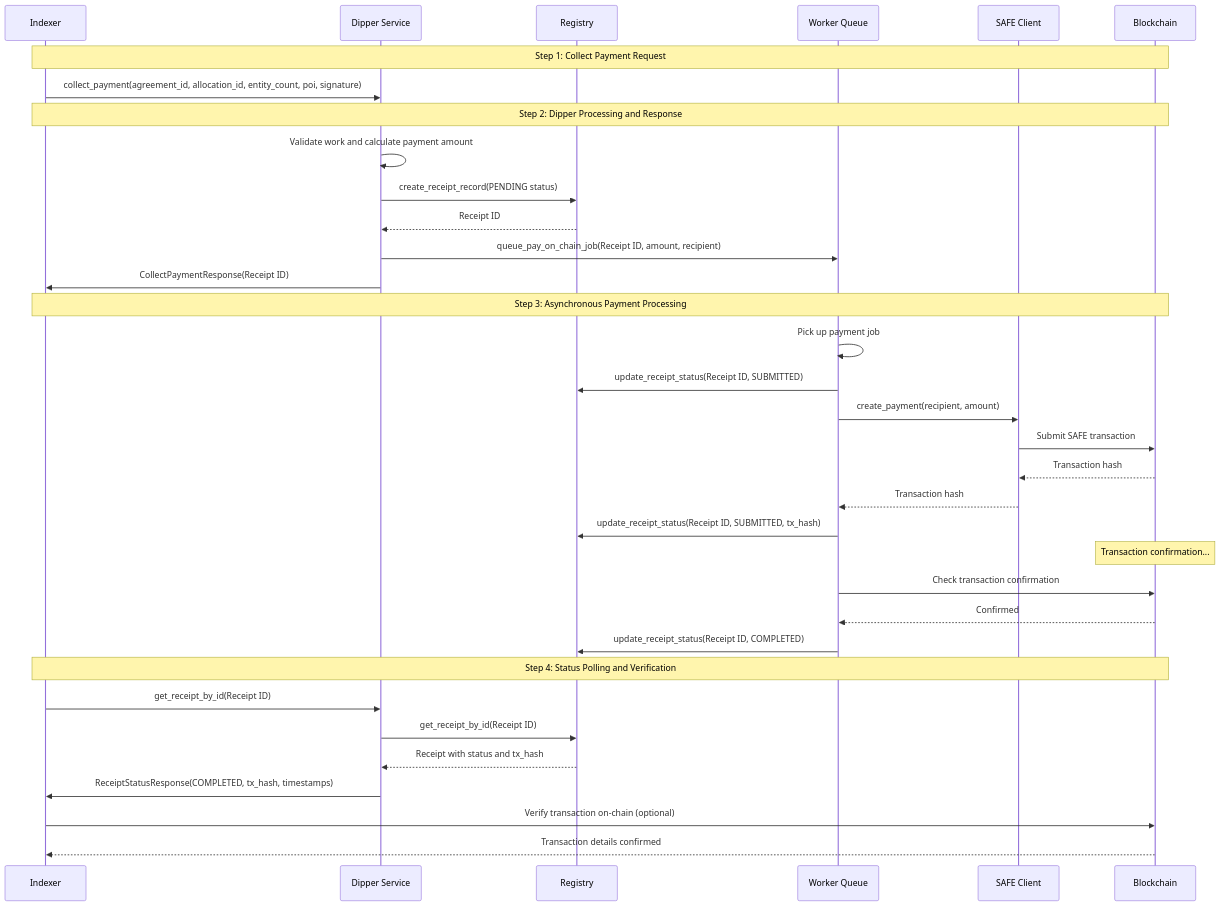
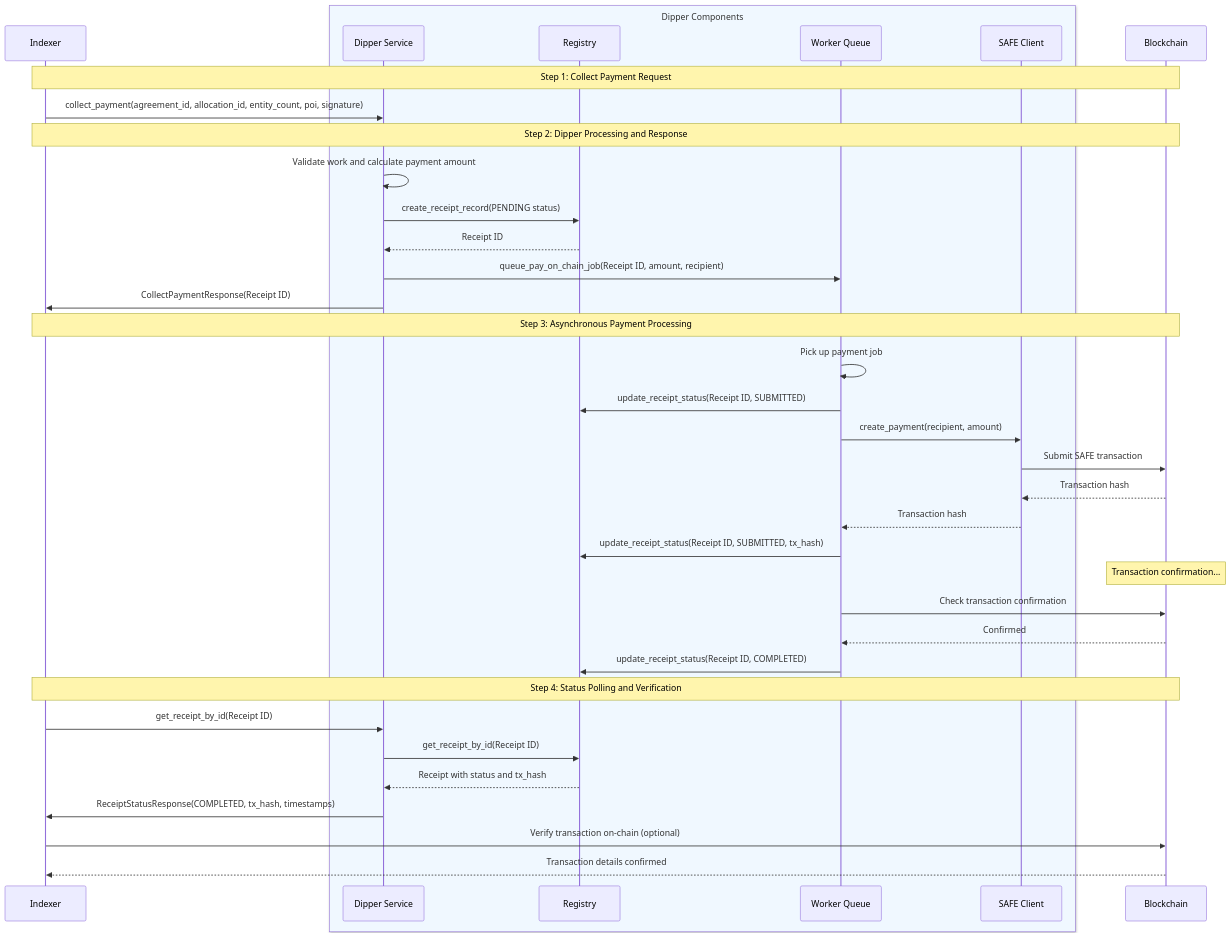
The second of 2 diagrams in docs/rfcs/001-on-chain-safe-payments.md (edgeandnode/dipper), drawn with Mermaid before and after one commit.

Commit message:
docs(rfc): enhance sequence diagram in RFC-001 for clarity
- Updated the sequence diagram to group Dipper components visually, improving readability and understanding of the payment workflow.

````diff
--- a/docs/rfcs/001-on-chain-safe-payments.md
+++ b/docs/rfcs/001-on-chain-safe-payments.md
@@ -176,43 +176,45 @@
 ```mermaid
 sequenceDiagram
     participant I as Indexer
-    participant D as Dipper Service
-    participant R as Registry
-    participant W as Worker Queue
-    participant S as SAFE Client
+    box rgb(240, 248, 255) Dipper Components
+        participant D as Dipper Service
+        participant R as Registry
+        participant W as Worker Queue
+        participant S as SAFE Client
+    end
     participant B as Blockchain
 
     Note over I,B: Step 1: Collect Payment Request
     I->>D: collect_payment(agreement_id, allocation_id, entity_count, poi, signature)
     
     Note over I,B: Step 2: Dipper Processing and Response
     D->>D: Validate work and calculate payment amount
     D->>R: create_receipt_record(PENDING status)
     R-->>D: Receipt ID
     D->>W: queue_pay_on_chain_job(Receipt ID, amount, recipient)
     D->>I: CollectPaymentResponse(Receipt ID)
     
     Note over I,B: Step 3: Asynchronous Payment Processing
     W->>W: Pick up payment job
     W->>R: update_receipt_status(Receipt ID, SUBMITTED)
     W->>S: create_payment(recipient, amount)
     S->>B: Submit SAFE transaction
     B-->>S: Transaction hash
     S-->>W: Transaction hash
     W->>R: update_receipt_status(Receipt ID, SUBMITTED, tx_hash)
     
     Note over B: Transaction confirmation...
     
     W->>B: Check transaction confirmation
     B-->>W: Confirmed
     W->>R: update_receipt_status(Receipt ID, COMPLETED)
     
     Note over I,B: Step 4: Status Polling and Verification
     I->>D: get_receipt_by_id(Receipt ID)
     D->>R: get_receipt_by_id(Receipt ID)
     R-->>D: Receipt with status and tx_hash
     D->>I: ReceiptStatusResponse(COMPLETED, tx_hash, timestamps)
     
     I->>B: Verify transaction on-chain (optional)
     B-->>I: Transaction details confirmed
 ```
````
